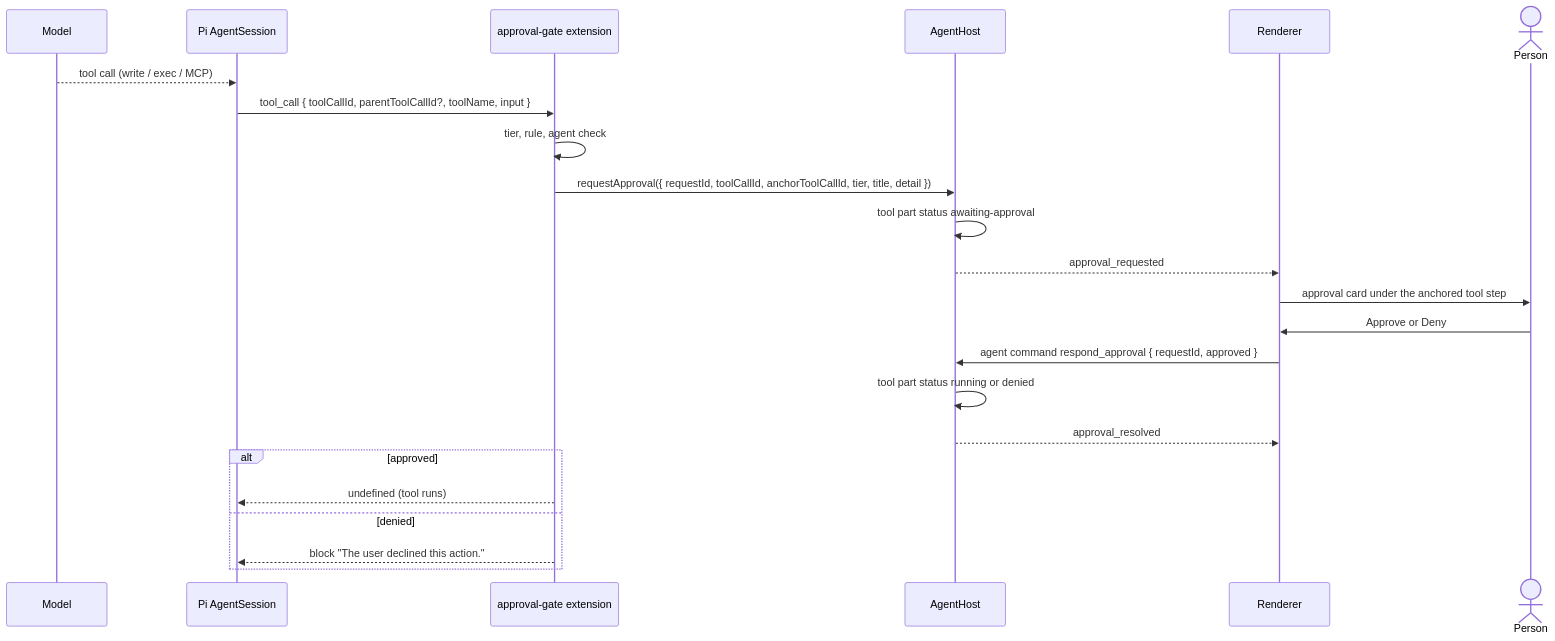
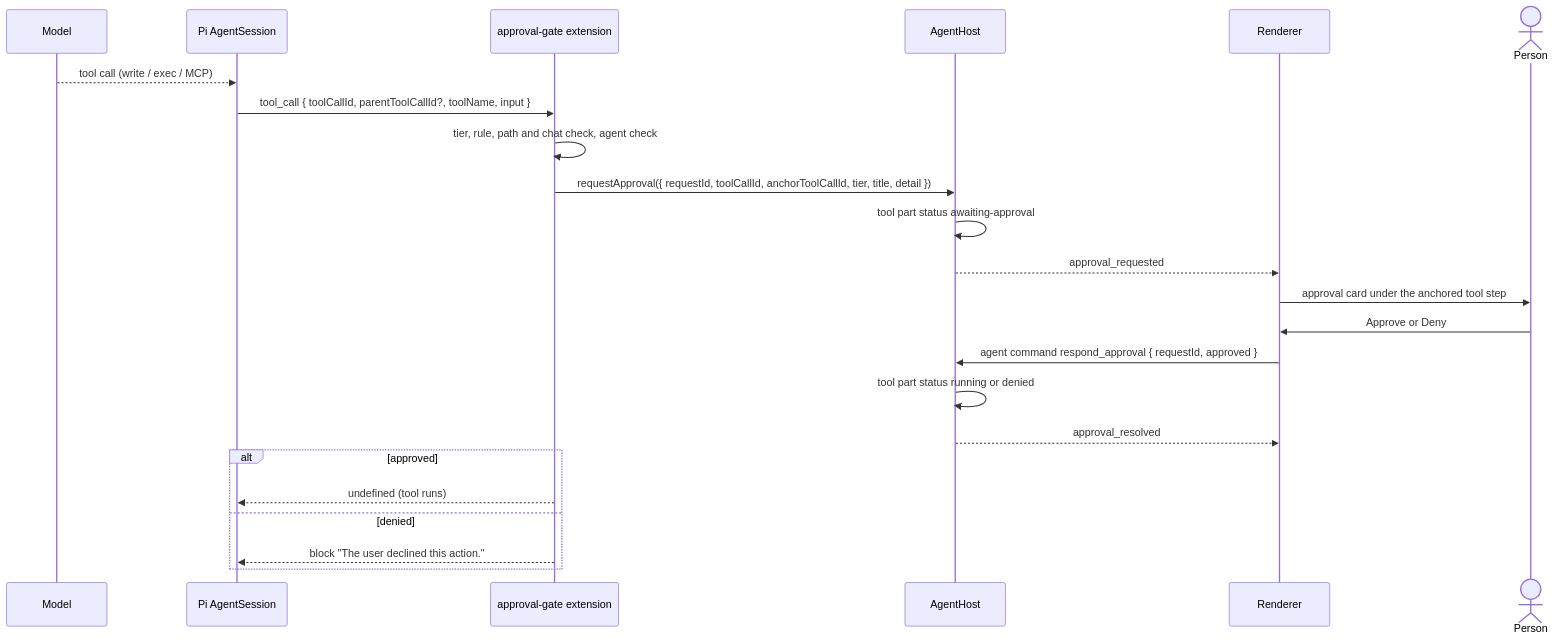
The second of 5 diagrams in docs/architecture/conversation-flows.md (pp-techs/pp-agent), drawn with Mermaid before and after one commit. The commit also changed other lines of this file and 165 other files, not shown here.

````diff
--- a/docs/architecture/conversation-flows.md
+++ b/docs/architecture/conversation-flows.md
@@ -72,25 +75,25 @@
 ```mermaid
 sequenceDiagram
   participant LLM as Model
   participant Pi as Pi AgentSession
   participant G as approval-gate extension
   participant A as AgentHost
   participant R as Renderer
   actor U as Person
   LLM-->>Pi: tool call (write / exec / MCP)
   Pi->>G: tool_call { toolCallId, parentToolCallId?, toolName, input }
-  G->>G: tier, rule, agent check
+  G->>G: tier, rule, path and chat check, agent check
   G->>A: requestApproval({ requestId, toolCallId, anchorToolCallId, tier, title, detail })
   A->>A: tool part status awaiting-approval
   A-->>R: approval_requested
   R->>U: approval card under the anchored tool step
   U->>R: Approve or Deny
   R->>A: agent command respond_approval { requestId, approved }
   A->>A: tool part status running or denied
   A-->>R: approval_resolved
   alt approved
     G-->>Pi: undefined (tool runs)
   else denied
     G-->>Pi: block "The user declined this action."
   end
 ```
````
